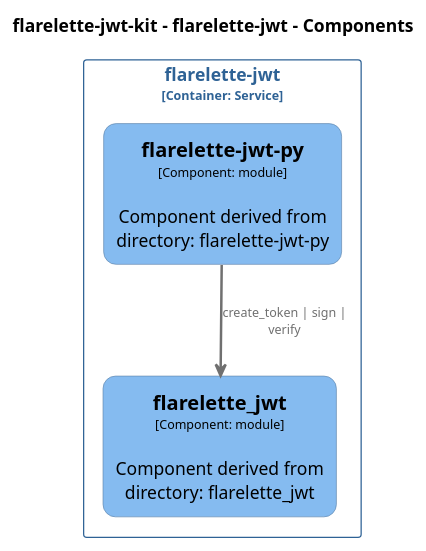
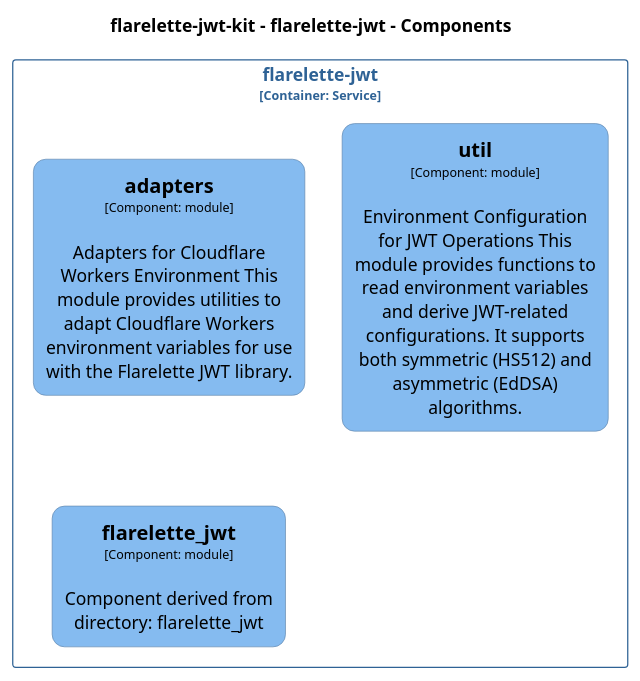
The diagram in docs/architecture/diagrams/plantuml/structurizr-Components_flarelette_jwt.puml (chrislyons-dev/flarelette-jwt-kit), drawn with PlantUML before and after one commit. The commit also changed 71 other files, not shown here.

```diff
--- a/docs/architecture/diagrams/plantuml/structurizr-Components_flarelette_jwt.puml
+++ b/docs/architecture/diagrams/plantuml/structurizr-Components_flarelette_jwt.puml
@@ -1,45 +1,52 @@
 @startuml
 set separator none
 title flarelette-jwt-kit - flarelette-jwt - Components
 
 top to bottom direction
 skinparam ranksep 60
 skinparam nodesep 30
 
 skinparam {
   arrowFontSize 10
   defaultTextAlignment center
   wrapWidth 200
   maxMessageSize 100
   defaultFontName "Arial"
 }
 
 hide stereotype
 
-skinparam rectangle<<flarelettejwtkit.flarelettejwt.flarelettejwtpy>> {
+skinparam rectangle<<flarelettejwtkit.flarelettejwt.adapters>> {
   BackgroundColor #85bbf0
   FontColor #000000
   BorderColor #5d82a8
   roundCorner 20
   shadowing false
 }
 skinparam rectangle<<flarelettejwtkit.flarelettejwt.flarelette_jwt>> {
   BackgroundColor #85bbf0
   FontColor #000000
   BorderColor #5d82a8
   roundCorner 20
   shadowing false
 }
+skinparam rectangle<<flarelettejwtkit.flarelettejwt.util>> {
+  BackgroundColor #85bbf0
+  FontColor #000000
+  BorderColor #5d82a8
+  roundCorner 20
+  shadowing false
+}
 skinparam rectangle<<flarelettejwtkit.flarelettejwt>> {
   BorderColor #2e6295
   FontColor #2e6295
   shadowing false
 }
 
 rectangle "flarelette-jwt\n<size:10>[Container: Service]</size>" <<flarelettejwtkit.flarelettejwt>> {
-  rectangle "==flarelette-jwt-py\n<size:10>[Component: module]</size>\n\nComponent derived from directory: flarelette-jwt-py" <<flarelettejwtkit.flarelettejwt.flarelettejwtpy>> as flarelettejwtkit.flarelettejwt.flarelettejwtpy
+  rectangle "==adapters\n<size:10>[Component: module]</size>\n\nAdapters for Cloudflare Workers Environment This module provides utilities to adapt Cloudflare Workers environment variables for use with the Flarelette JWT library." <<flarelettejwtkit.flarelettejwt.adapters>> as flarelettejwtkit.flarelettejwt.adapters
+  rectangle "==util\n<size:10>[Component: module]</size>\n\nEnvironment Configuration for JWT Operations This module provides functions to read environment variables and derive JWT-related configurations. It supports both symmetric (HS512) and asymmetric (EdDSA) algorithms." <<flarelettejwtkit.flarelettejwt.util>> as flarelettejwtkit.flarelettejwt.util
   rectangle "==flarelette_jwt\n<size:10>[Component: module]</size>\n\nComponent derived from directory: flarelette_jwt" <<flarelettejwtkit.flarelettejwt.flarelette_jwt>> as flarelettejwtkit.flarelettejwt.flarelette_jwt
 }
 
-flarelettejwtkit.flarelettejwt.flarelettejwtpy -[#707070,thickness=2]-> flarelettejwtkit.flarelettejwt.flarelette_jwt : "<color:#707070>create_token | sign | verify"
 @enduml
```
